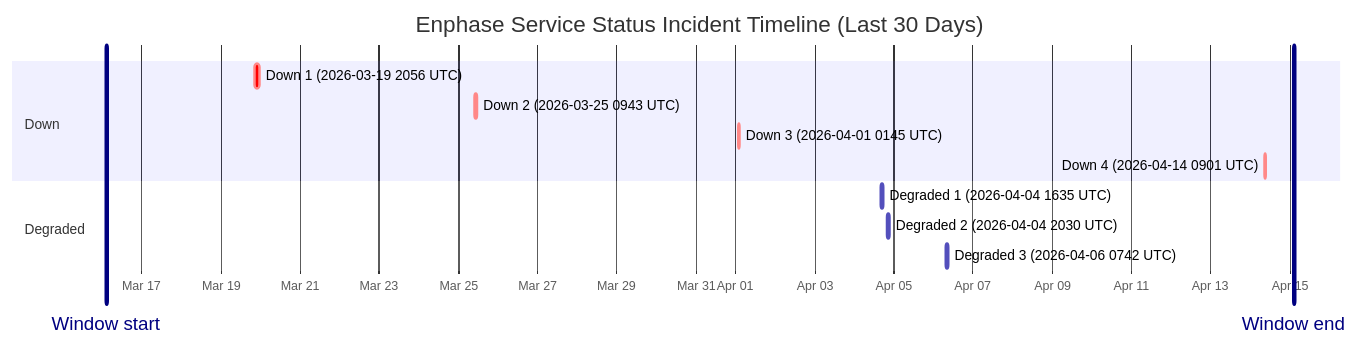
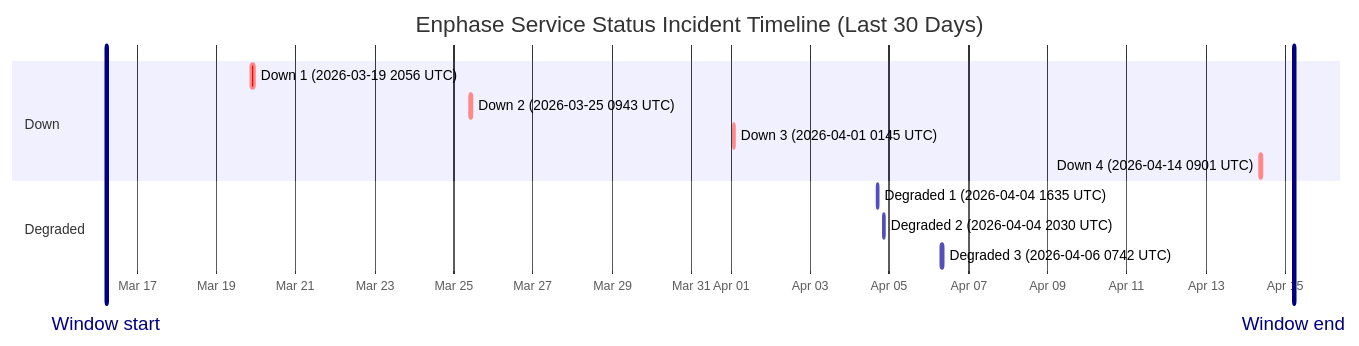
Before and after one commit to barneyonline/ha-enphase-ev-charger: the diagram in wiki/Service-Status-History.md, drawn with Mermaid. The commit also changed other lines of this file and 3 other files, not shown here.

````diff
--- a/wiki/Service-Status-History.md
+++ b/wiki/Service-Status-History.md
@@ -14,17 +14,17 @@
 ```mermaid
 gantt
     title Enphase Service Status Incident Timeline (Last 30 Days)
     dateFormat  YYYY-MM-DDTHH:mm:ss
     axisFormat  %b %d
-    Window start :vert, window-start, 2026-03-16T02:28:21, 0ms
-    Window end :vert, window-end, 2026-04-15T02:28:21, 0ms
+    Window start :vert, window-start, 2026-03-16T05:11:20, 0ms
+    Window end :vert, window-end, 2026-04-15T05:11:20, 0ms
     section Down
     Down 1 (2026-03-19 2056 UTC) :crit, down-1, 2026-03-19T20:56:20, 145m
     Down 2 (2026-03-25 0943 UTC) :crit, down-2, 2026-03-25T09:43:28, 111m
     Down 3 (2026-04-01 0145 UTC) :crit, down-3, 2026-04-01T01:45:09, 60m
     Down 4 (2026-04-14 0901 UTC) :crit, down-4, 2026-04-14T09:01:13, 60m
     section Degraded
     Degraded 1 (2026-04-04 1635 UTC) :active, degraded-1, 2026-04-04T16:35:17, 60m
     Degraded 2 (2026-04-04 2030 UTC) :active, degraded-2, 2026-04-04T20:30:40, 60m
     Degraded 3 (2026-04-06 0742 UTC) :active, degraded-3, 2026-04-06T07:42:09, 85m
 ```
````
